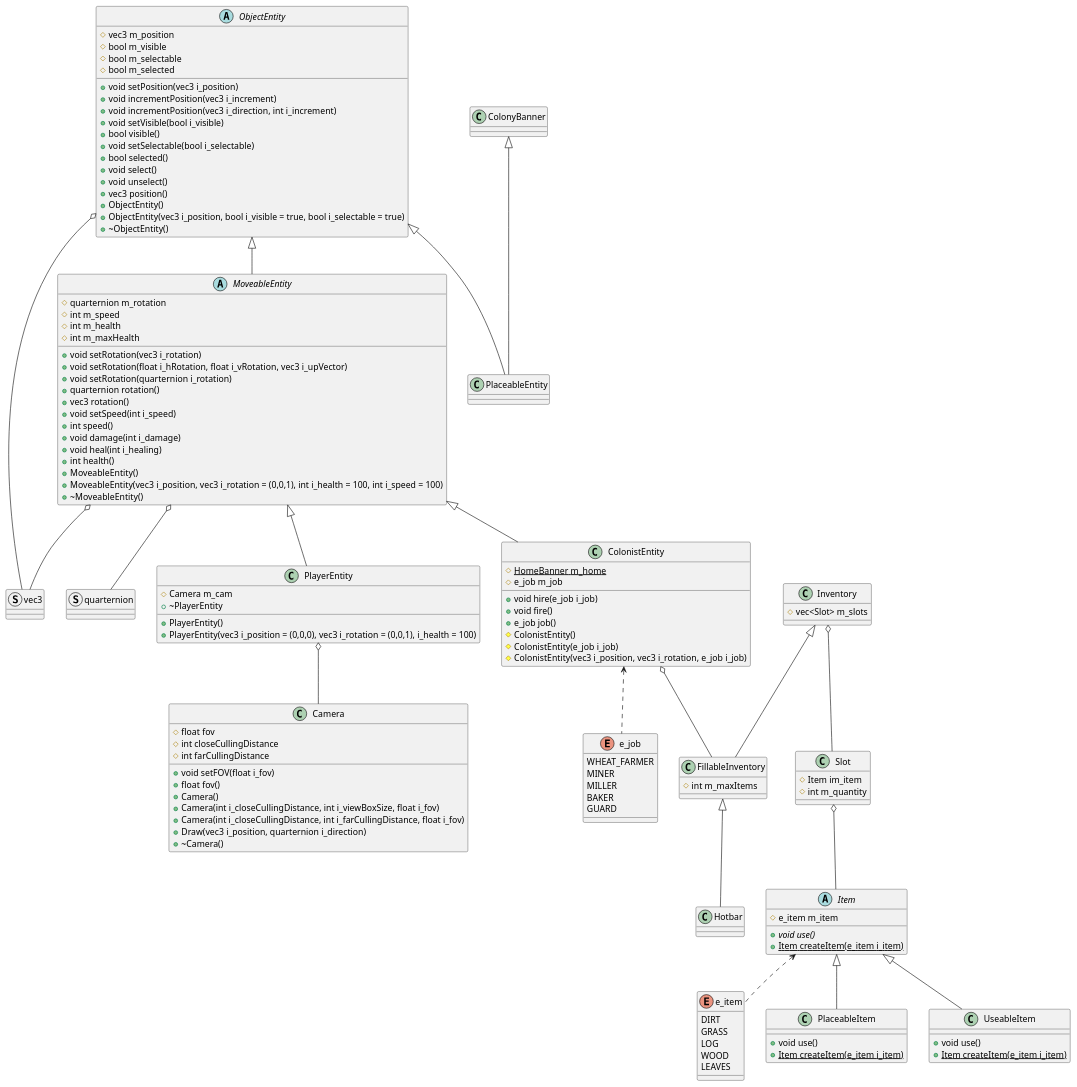
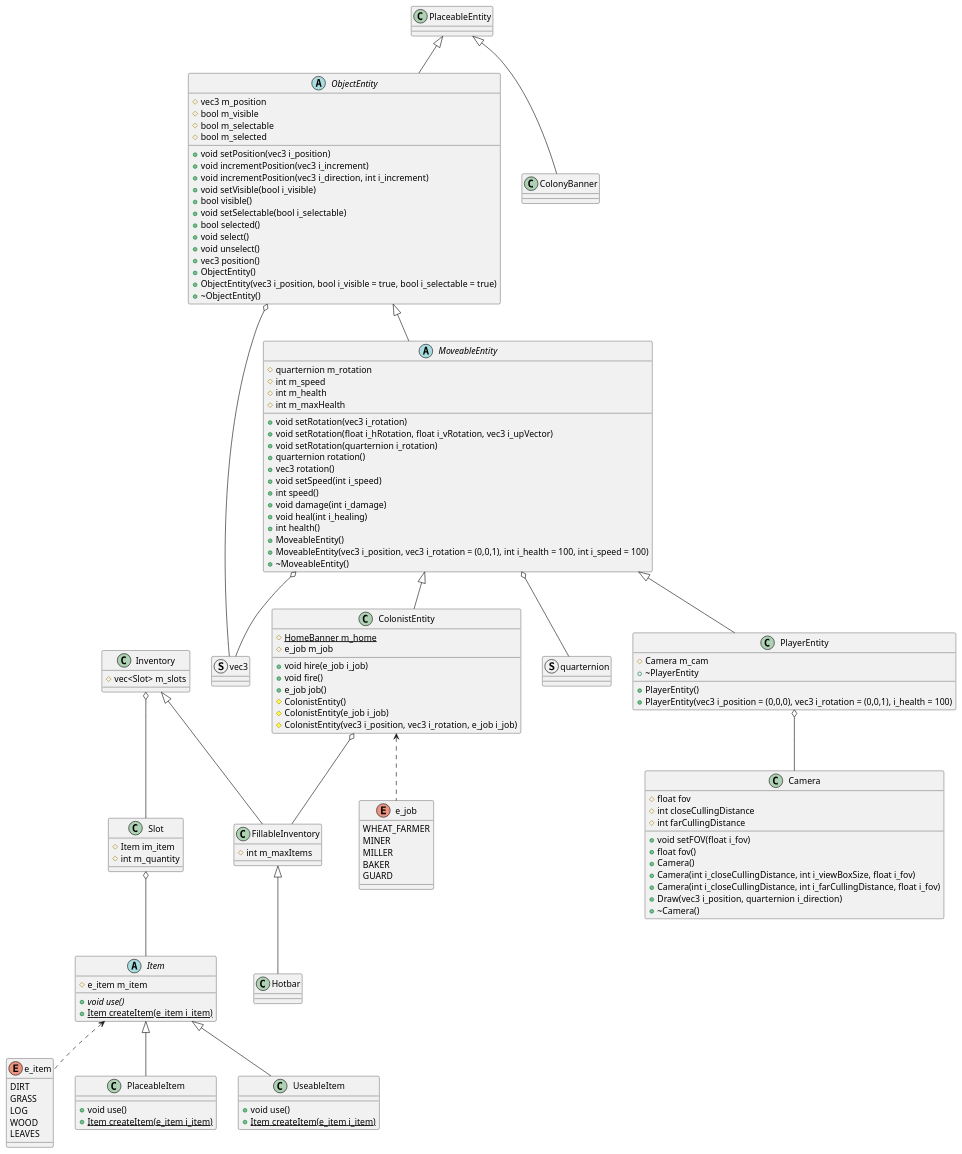
Before and after one commit to NCCA/programming-assignment-supersliser: the diagram in ClassDiagram.md, drawn with PlantUML. The commit also changed 1 other file, not shown here.

Commit message:
see i alredy found an error and didnt even push yet

```diff
--- a/ClassDiagram.md
+++ b/ClassDiagram.md
@@ -137,6 +137,6 @@
 MoveableEntity o-- vec3
 MoveableEntity o-- quarternion
 
-ObjectEntity <|-- PlaceableEntity
-ColonyBanner <|-- PlaceableEntity
+PlaceableEntity <|-- ObjectEntity
+PlaceableEntity <|-- ColonyBanner
 @enduml
```
